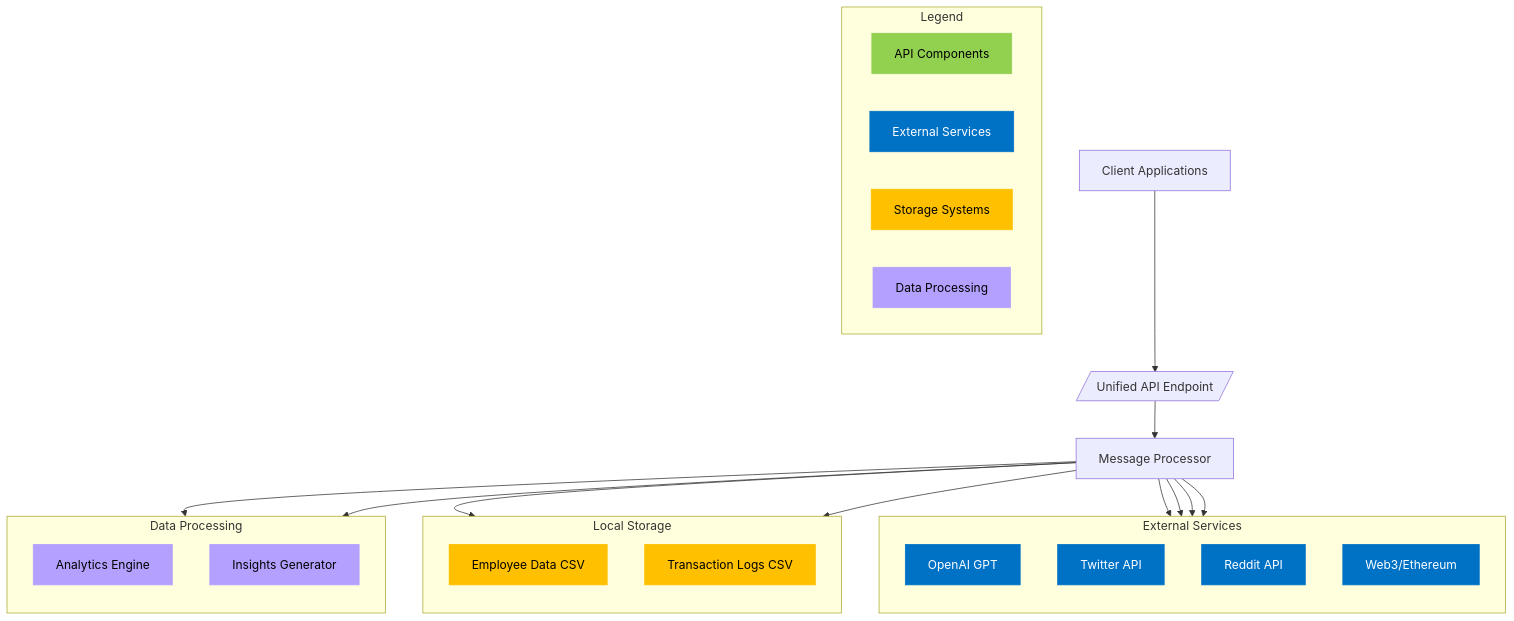
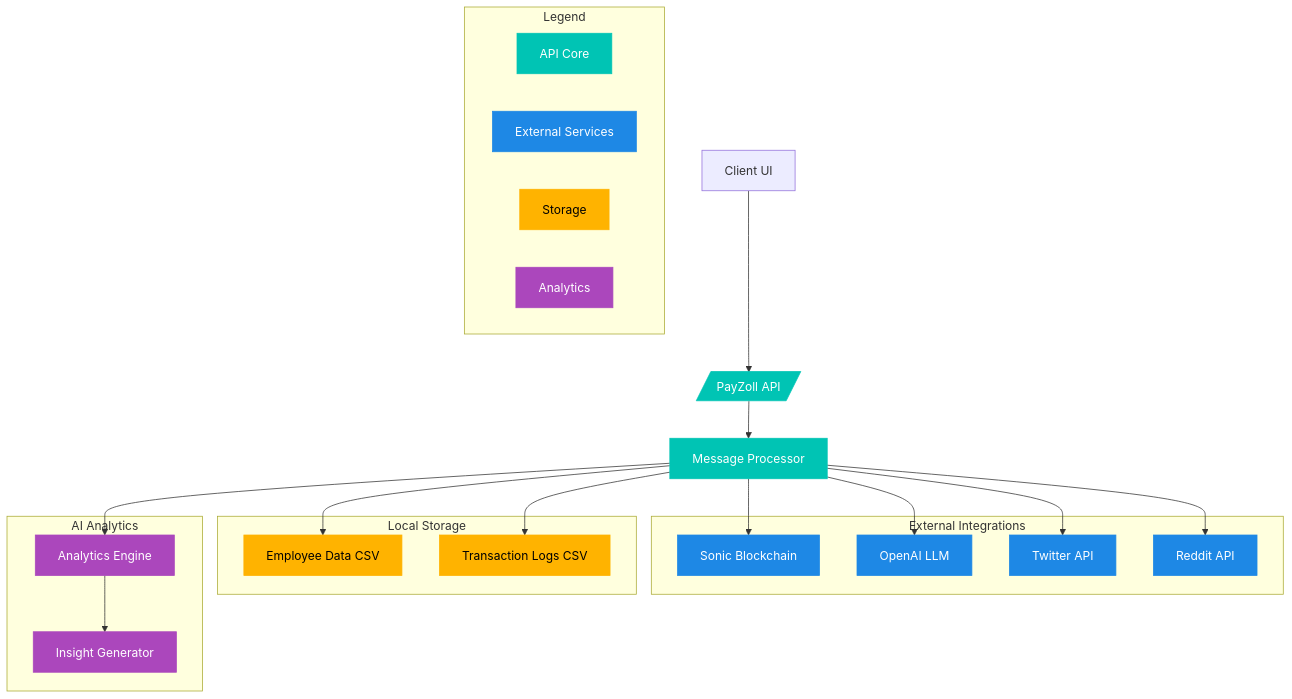
Before and after one commit to PayZoll/Web_Agent: the first of 2 diagrams in README.md, drawn with Mermaid. The commit also changed other lines of this file, not shown here.

````diff
--- a/README.md
+++ b/README.md
@@ -37,49 +102,46 @@
 ```mermaid
 flowchart TD
-    classDef api fill:#92D050,color:#000,stroke:#92D050
-    classDef service fill:#0072C6,color:#fff,stroke:#0072C6
-    classDef storage fill:#FFC000,color:#000,stroke:#FFC000
-    classDef data fill:#B4A0FF,color:#000,stroke:#B4A0FF
+    classDef api fill:#00C4B4,color:#fff,stroke:#00C4B4
+    classDef service fill:#1E88E5,color:#fff,stroke:#1E88E5
+    classDef storage fill:#FFB300,color:#000,stroke:#FFB300
+    classDef data fill:#AB47BC,color:#fff,stroke:#AB47BC
 
-    Client[Client Applications] --> API[/"Unified API Endpoint"/]
-    API --> Process[Message Processor]
+    Client[Client UI] --> API[/"PayZoll API"/]:::api
+    API --> Processor[Message Processor]:::api
     
-    subgraph Services["External Services"]
-        direction TB
-        OpenAI["OpenAI GPT"]:::service
+    subgraph Services["External Integrations"]
+        Sonic["Sonic Blockchain"]:::service
+        OpenAI["OpenAI LLM"]:::service
         Twitter["Twitter API"]:::service
         Reddit["Reddit API"]:::service
-        Web3["Web3/Ethereum"]:::service
     end
     
-    Process --> OpenAI
-    Process --> Twitter
-    Process --> Reddit
-    Process --> Web3
+    Processor --> Sonic
+    Processor --> OpenAI
+    Processor --> Twitter
+    Processor --> Reddit
     
     subgraph Storage["Local Storage"]
-        direction TB
         Employees["Employee Data CSV"]:::storage
         Logs["Transaction Logs CSV"]:::storage
     end
     
-    Process --> Employees
-    Process --> Logs
+    Processor --> Employees
+    Processor --> Logs
     
-    subgraph DataFlow["Data Processing"]
-        direction TB
-        Analytics["Analytics Engine"]:::data
-        Insights["Insights Generator"]:::data
+    subgraph Analytics["AI Analytics"]
+        Engine["Analytics Engine"]:::data
+        Insights["Insight Generator"]:::data
     end
     
-    Process --> Analytics
-    Process --> Insights
+    Processor --> Engine
+    Engine --> Insights
     
     %% Legend
     subgraph Legend["Legend"]
-        L1[API Components]:::api
+        L1[API Core]:::api
         L2[External Services]:::service
-        L3[Storage Systems]:::storage
-        L4[Data Processing]:::data
+        L3[Storage]:::storage
+        L4[Analytics]:::data
     end
 ```
````
